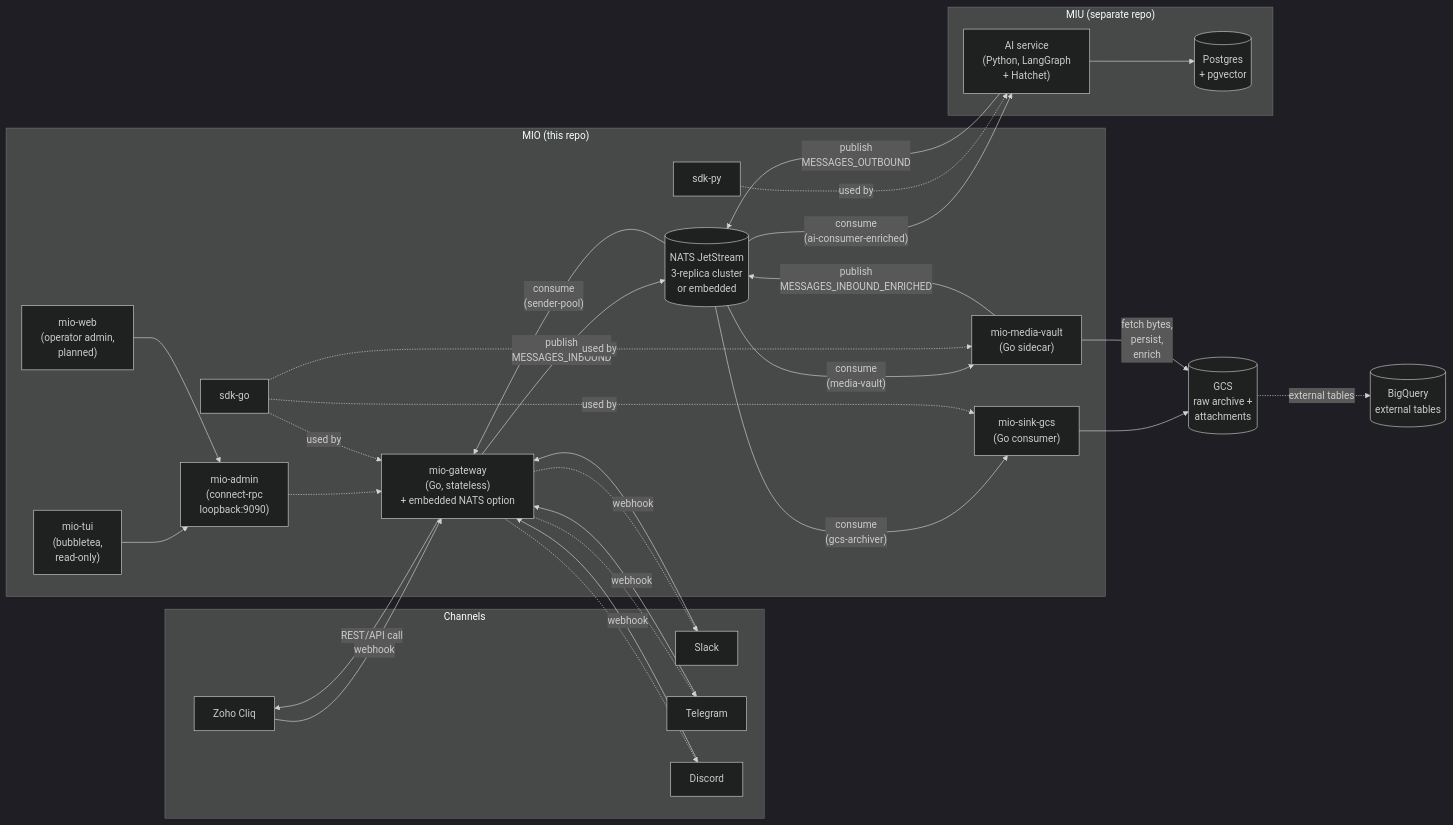
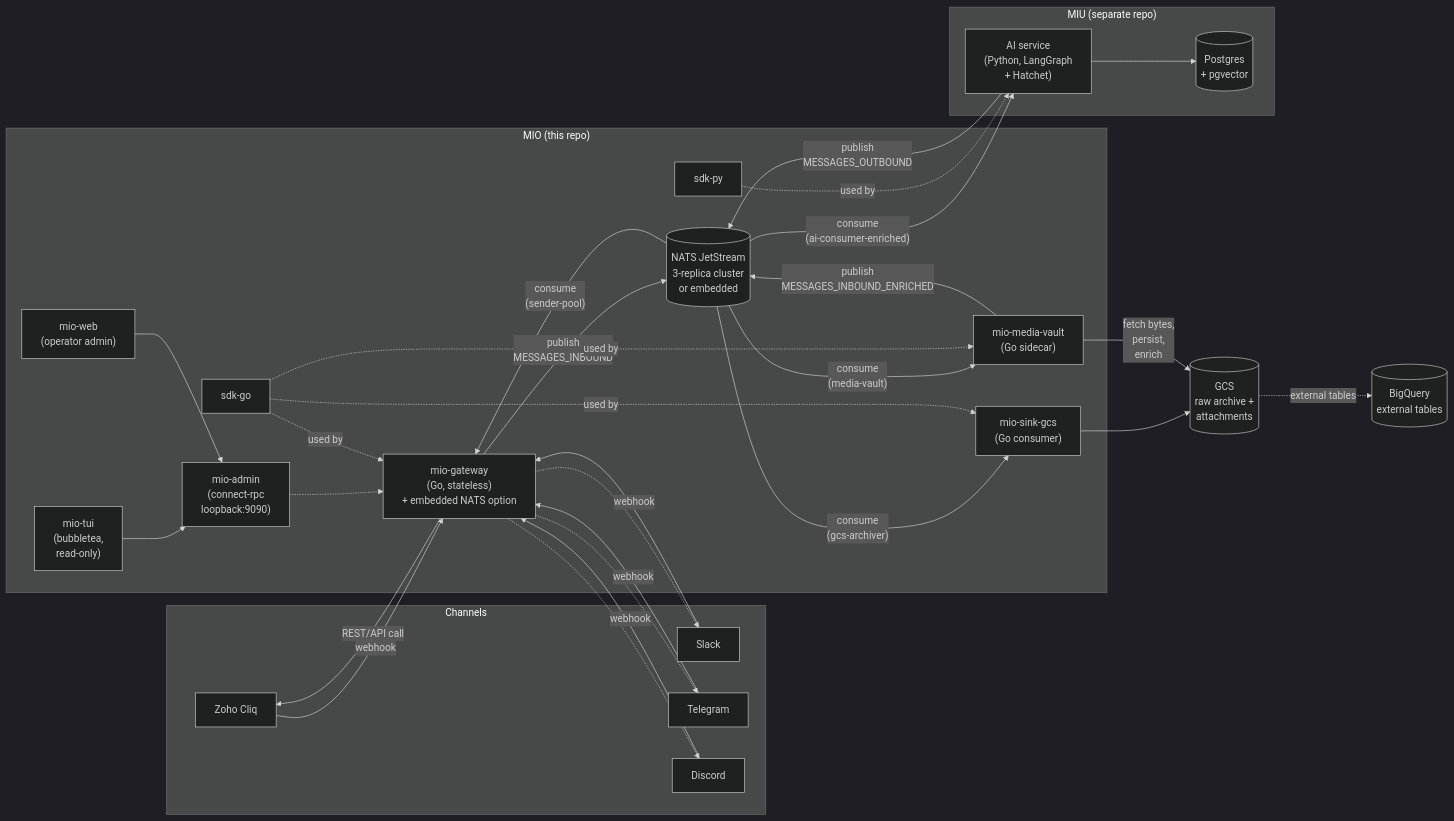
One commit to CrashChat-ai/mio changed the first of 5 diagrams in docs/system-architecture.md. Above: the diagram before and after it, drawn with Mermaid (dark theme). The commit also changed other lines of this file and 13 other files, not shown here.

First line of the commit message:
feat(ui-web): wire operator deployment path

````diff
--- a/docs/system-architecture.md
+++ b/docs/system-architecture.md
@@ -34,59 +34,59 @@
 ```mermaid
 flowchart LR
   subgraph Channels
     cliq[Zoho Cliq]
     slack[Slack]
     tg[Telegram]
     disc[Discord]
   end
 
   subgraph "MIO (this repo)"
     gw["mio-gateway<br/>(Go, stateless)<br/>+ embedded NATS option"]
     admin["mio-admin<br/>(connect-rpc<br/>loopback:9090)"]
     tui["mio-tui<br/>(bubbletea,<br/>read-only)"]
-    web["mio-web<br/>(operator admin,<br/>planned)"]
+    web["mio-web<br/>(operator admin)"]
     bus[("NATS JetStream<br/>3-replica cluster<br/>or embedded")]
     sink["mio-sink-gcs<br/>(Go consumer)"]
     dl["mio-media-vault<br/>(Go sidecar)"]
     sdkgo["sdk-go"]
     sdkpy["sdk-py"]
   end
 
   subgraph "MIU (separate repo)"
     ai["AI service<br/>(Python, LangGraph<br/>+ Hatchet)"]
     pg[(Postgres<br/>+ pgvector)]
   end
 
   gcs[(GCS<br/>raw archive +<br/>attachments)]
   bq[(BigQuery<br/>external tables)]
 
   cliq -- webhook --> gw
   slack -- webhook --> gw
   tg -- webhook --> gw
   disc -- webhook --> gw
 
   gw -- "publish<br/>MESSAGES_INBOUND" --> bus
   admin -.-> gw
   tui --> admin
   web --> admin
   bus -- "consume<br/>(gcs-archiver)" --> sink
   sink --> gcs
   bus -- "consume<br/>(media-vault)" --> dl
   dl -- "fetch bytes,<br/>persist,<br/>enrich" --> gcs
   dl -- "publish<br/>MESSAGES_INBOUND_ENRICHED" --> bus
   bus -- "consume<br/>(ai-consumer-enriched)" --> ai
   ai --> pg
   ai -- "publish<br/>MESSAGES_OUTBOUND" --> bus
   bus -- "consume<br/>(sender-pool)" --> gw
   gw -- "REST/API call" --> cliq
   gw -.-> slack
   gw -.-> tg
   gw -.-> disc
 
   gcs -. external tables .-> bq
 
   sdkgo -. used by .-> gw
   sdkgo -. used by .-> sink
   sdkgo -. used by .-> dl
   sdkpy -. used by .-> ai
 ```
````
